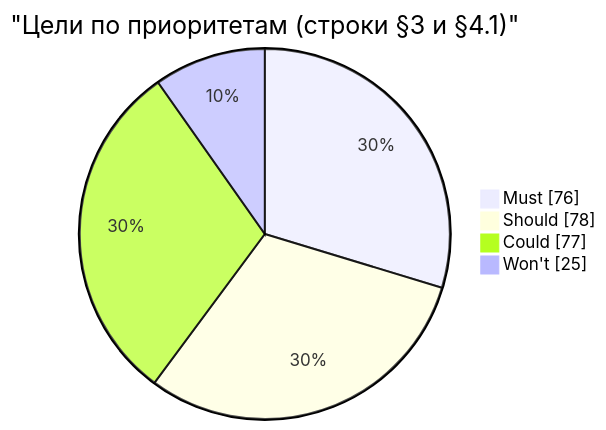
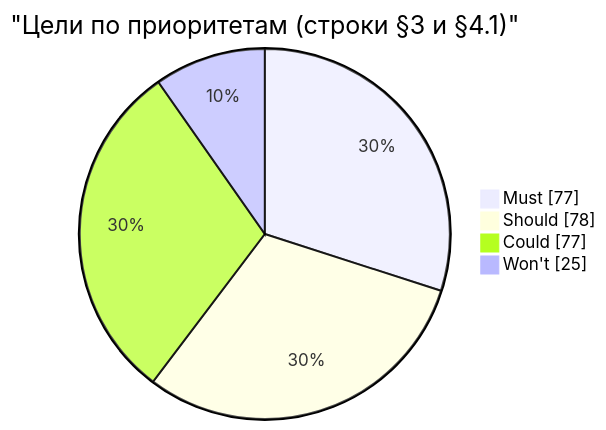
Before and after one commit to pese-git/codelab-app: the first of 2 diagrams in docs/architecture/proposals/agent-parity-goals.md, drawn with Mermaid. The commit also changed other lines of this file and 1 other file, not shown here.

Commit message:
docs: доказательства Must этапов 1–6 по аудиту M2; разделить R-02 (cwd — этап 4, mcpServers — R-24, этап 8)

````diff
--- a/docs/architecture/proposals/agent-parity-goals.md
+++ b/docs/architecture/proposals/agent-parity-goals.md
@@ -1071,8 +1073,8 @@
 ```mermaid
 pie showData
     title "Цели по приоритетам (строки §3 и §4.1)"
-    "Must" : 76
+    "Must" : 77
     "Should" : 78
     "Could" : 77
     "Won't" : 25
 ```
````
